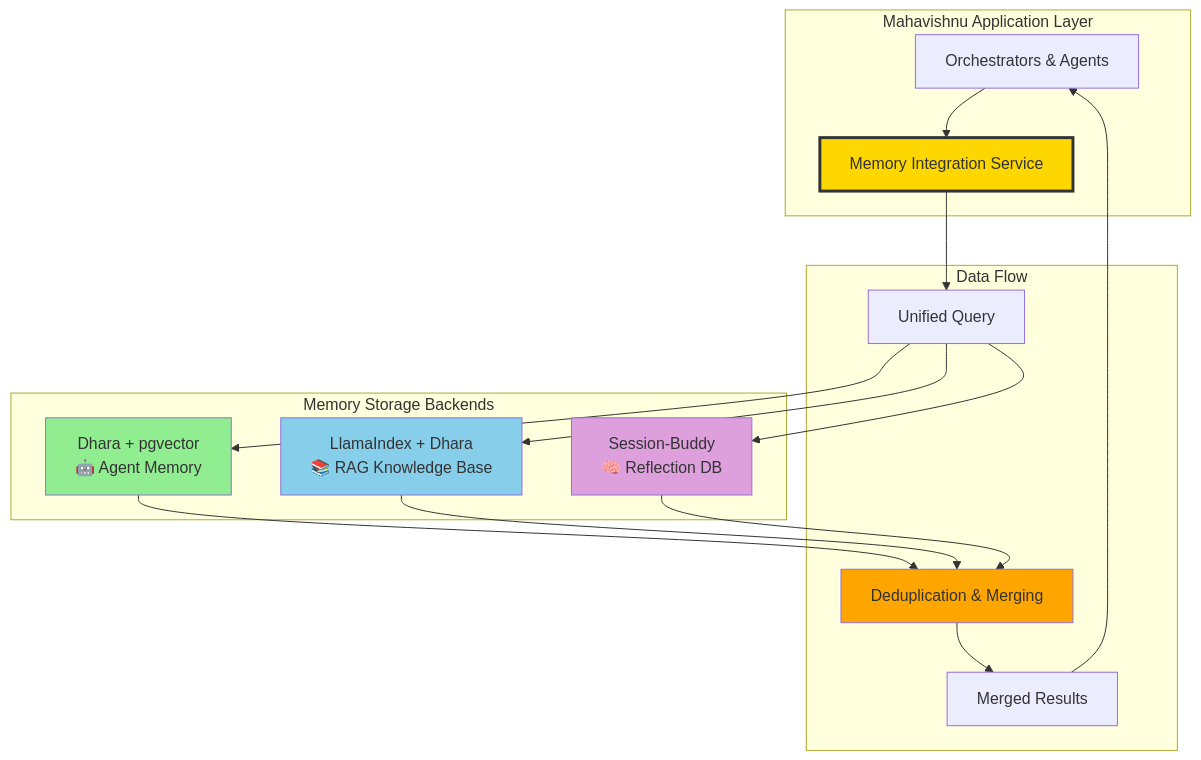
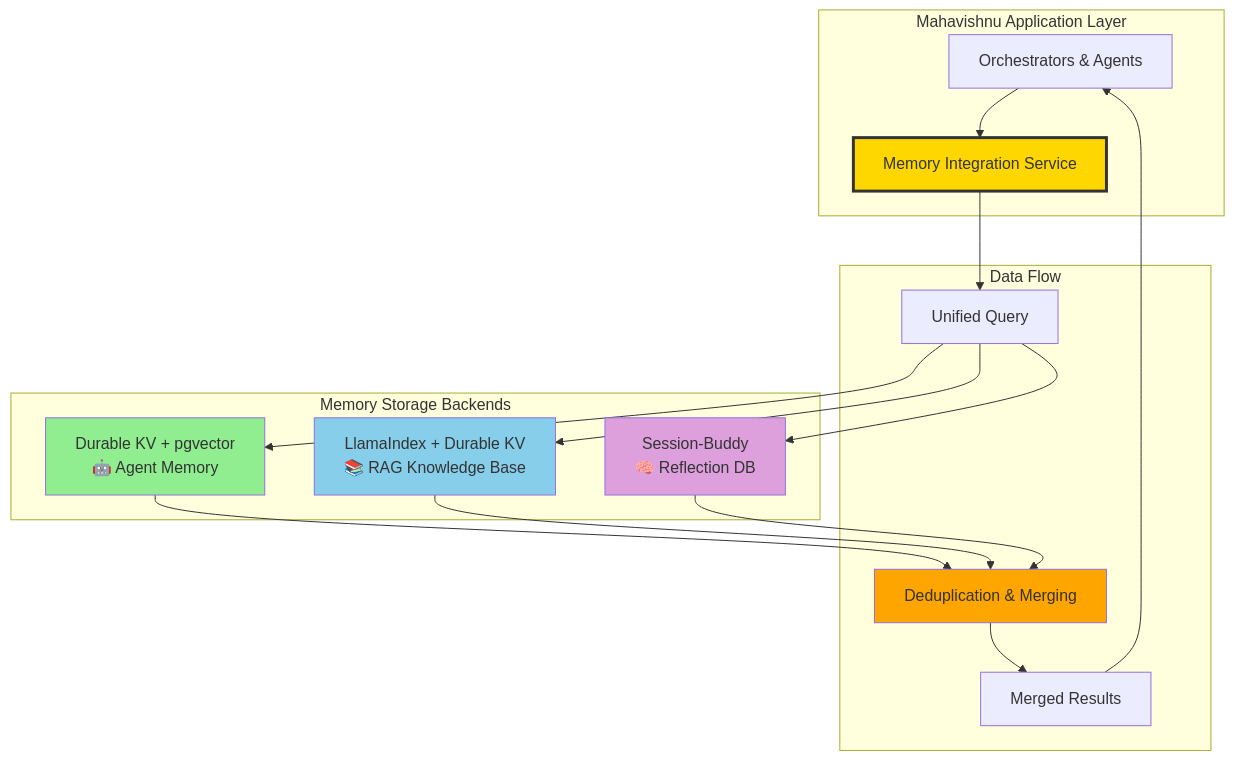
The diagram in docs/adr/005-memory-architecture.md (lesleslie/mahavishnu), drawn with Mermaid before and after one commit. The commit also changed other lines of this file and 181 other files, not shown here.

````diff
--- a/docs/adr/005-memory-architecture.md
+++ b/docs/adr/005-memory-architecture.md
@@ -129,32 +129,32 @@
 ```mermaid
 graph TB
     subgraph "Mahavishnu Application Layer"
         APP[Orchestrators & Agents]
         SERVICE[Memory Integration Service]
     end
     subgraph "Memory Storage Backends"
-        AGENTDB[Dhara + pgvector<br/>🤖 Agent Memory]
-        RAG[LlamaIndex + Dhara<br/>📚 RAG Knowledge Base]
+        AGENTDB[Durable KV + pgvector<br/>🤖 Agent Memory]
+        RAG[LlamaIndex + Durable KV<br/>📚 RAG Knowledge Base]
         BUDDY[Session-Buddy<br/>🧠 Reflection DB]
     end
     subgraph "Data Flow"
         QUERY[Unified Query]
         DEDUP[Deduplication & Merging]
         RESULTS[Merged Results]
     end
     APP --> SERVICE
     SERVICE --> QUERY
     QUERY --> AGENTDB
     QUERY --> RAG
     QUERY --> BUDDY
     AGENTDB --> DEDUP
     RAG --> DEDUP
     BUDDY --> DEDUP
     DEDUP --> RESULTS
     RESULTS --> APP
     style SERVICE fill:#FFD700,stroke:#333,stroke-width:3px
     style AGENTDB fill:#90EE90
     style RAG fill:#87CEEB
     style BUDDY fill:#DDA0DD
     style DEDUP fill:#FFA500
 ```
````
